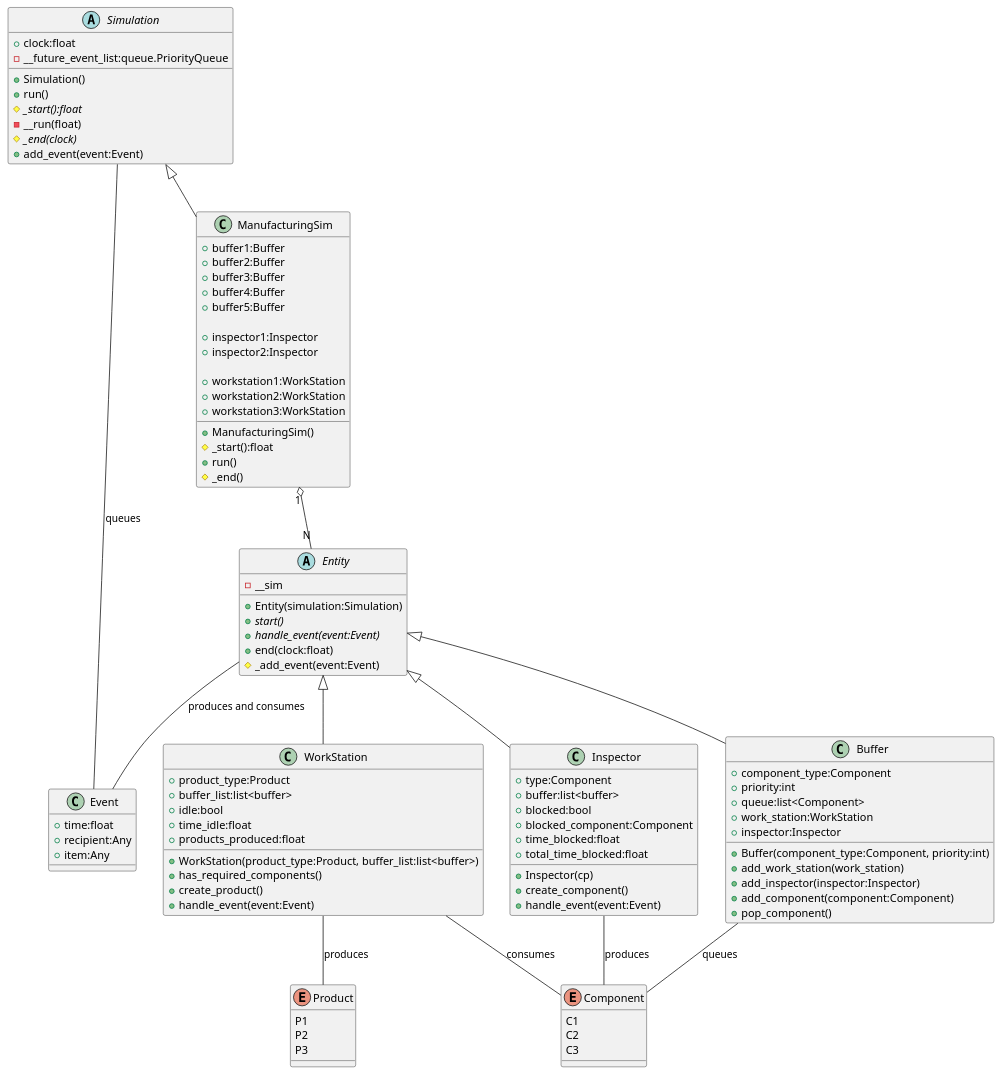
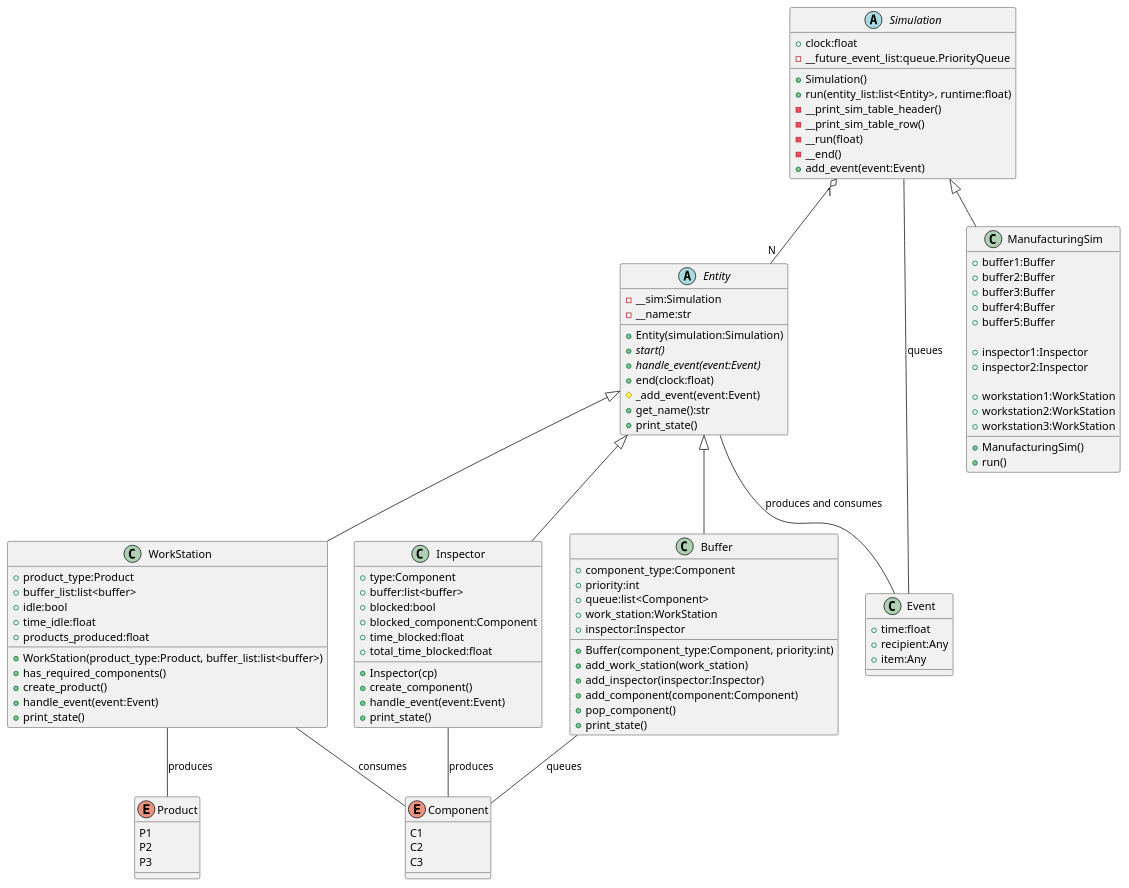
The diagram in ClassDiagram.puml (NosBos/SYSC4005_Project), drawn with PlantUML before and after one commit. The commit also changed 1 other file, not shown here.

```diff
--- a/ClassDiagram.puml
+++ b/ClassDiagram.puml
@@ -1,130 +1,134 @@
 @startuml
 abstract class Entity
 {
--__sim
+-__sim:Simulation
+-__name:str
 +Entity(simulation:Simulation)
 +{abstract}start()
 +{abstract}handle_event(event:Event)
 +end(clock:float)
 #_add_event(event:Event)
++get_name():str
++print_state()
 }
 
 abstract class Simulation
 {
 +clock:float
 -__future_event_list:queue.PriorityQueue
 +Simulation()
-+run()
-#{abstract}_start():float
++run(entity_list:list<Entity>, runtime:float)
+-__print_sim_table_header()
+-__print_sim_table_row()
 -__run(float)
-#{abstract}_end(clock)
+-__end()
 +add_event(event:Event)
 }
 
 class Event
 {
 +time:float
 +recipient:Any
 +item:Any
 
 }
 
 enum Product
 {
 P1
 P2
 P3
 }
 
 enum Component
 {
 C1
 C2
 C3
 }
 
 
 class WorkStation
 {
 +product_type:Product
 +buffer_list:list<buffer>
 +idle:bool
 +time_idle:float
 +products_produced:float
 
 +WorkStation(product_type:Product, buffer_list:list<buffer>)
 +has_required_components()
 +create_product()
 +handle_event(event:Event)
++print_state()
 }
 
 class Inspector
 {
 +type:Component
 +buffer:list<buffer>
 +blocked:bool
 +blocked_component:Component
 +time_blocked:float
 +total_time_blocked:float
 
 +Inspector(cp)
 +create_component()
 +handle_event(event:Event)
++print_state()
 }
 
 class Buffer
 {
 +component_type:Component
 +priority:int
 +queue:list<Component>
 +work_station:WorkStation
 +inspector:Inspector
 +Buffer(component_type:Component, priority:int)
 +add_work_station(work_station)
 +add_inspector(inspector:Inspector)
 +add_component(component:Component)
 +pop_component()
-
++print_state()
 }
 
 class ManufacturingSim
 {
 +buffer1:Buffer
 +buffer2:Buffer
 +buffer3:Buffer
 +buffer4:Buffer
 +buffer5:Buffer
 
 +inspector1:Inspector
 +inspector2:Inspector
 
 +workstation1:WorkStation
 +workstation2:WorkStation
 +workstation3:WorkStation
 
 +ManufacturingSim()
-#_start():float
 +run()
-#_end()
 }
 
 Entity <|-- Inspector
 Entity <|-- WorkStation
 Entity <|-- Buffer
 
 
 Simulation <|-- ManufacturingSim
 
 'buffers and stuff have 1 to 1 mapping
 
-ManufacturingSim "1" o-- "N" Entity
+Simulation "1" o-- "N" Entity
 
 Inspector -- Component:produces
 WorkStation -- Component:consumes
 Buffer -- Component:queues
 WorkStation -- Product:produces
 
 Entity -- Event:produces and consumes
 Simulation -- Event: queues
 
 @enduml
```
